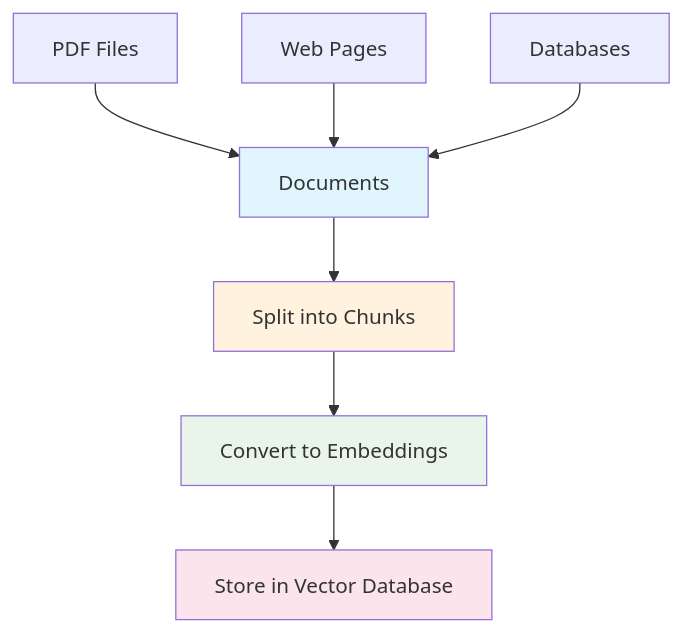
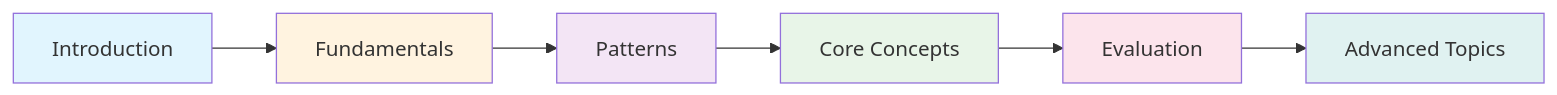
One commit to nvgr-GenAI/my-learning changed the second of 3 diagrams in docs/genai/rag/index.md. Above: the diagram before and after it, drawn with Mermaid. The commit also changed other lines of this file and 417 other files, not shown here.

````diff
--- a/docs/genai/rag/index.md
+++ b/docs/genai/rag/index.md
@@ -57,15 +94,15 @@
 ```mermaid
-graph TD
-    A[Documents] --> B[Split into Chunks]
-    B --> C[Convert to Embeddings]
-    C --> D[Store in Vector Database]
-    
-    A1[PDF Files] --> A
-    A2[Web Pages] --> A
-    A3[Databases] --> A
+graph LR
+    A[Introduction] --> B[Fundamentals]
+    B --> C[Patterns]
+    C --> D[Core Concepts]
+    D --> E[Evaluation]
+    E --> F[Advanced Topics]
     
     style A fill:#e1f5fe
     style B fill:#fff3e0
-    style C fill:#e8f5e8
-    style D fill:#fce4ec
+    style C fill:#f3e5f5
+    style D fill:#e8f5e8
+    style E fill:#fce4ec
+    style F fill:#e0f2f1
 ```
````
